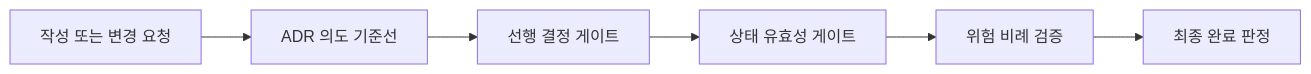
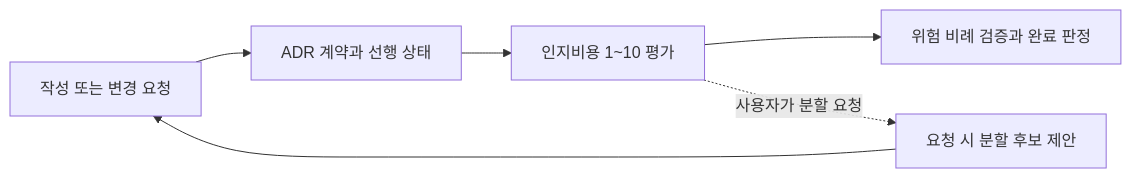
One commit to haandol/alps-writer-mcp changed the diagram in docs/adr/delivery/development-flow/0001-safe-proportional-development-gates.md. Above: the diagram before and after it, drawn with Mermaid. The commit also changed other lines of this file and 13 other files, not shown here.

````diff
--- a/docs/adr/delivery/development-flow/0001-safe-proportional-development-gates.md
+++ b/docs/adr/delivery/development-flow/0001-safe-proportional-development-gates.md
@@ -29,11 +31,12 @@
 ```mermaid
 flowchart LR
     Input[작성 또는 변경 요청]
-    Intent[ADR 의도 기준선]
-    Prerequisite[선행 결정 게이트]
-    Valid[상태 유효성 게이트]
-    Verify[위험 비례 검증]
-    Complete[최종 완료 판정]
+    Safety[ADR 계약과 선행 상태]
+    Assess[인지비용 1~10 평가]
+    Suggest[요청 시 분할 후보 제안]
+    Verify[위험 비례 검증과 완료 판정]
 
-    Input --> Intent --> Prerequisite --> Valid --> Verify --> Complete
+    Input --> Safety --> Assess --> Verify
+    Assess -. 사용자가 분할 요청 .-> Suggest
+    Suggest --> Input
 ```
````
